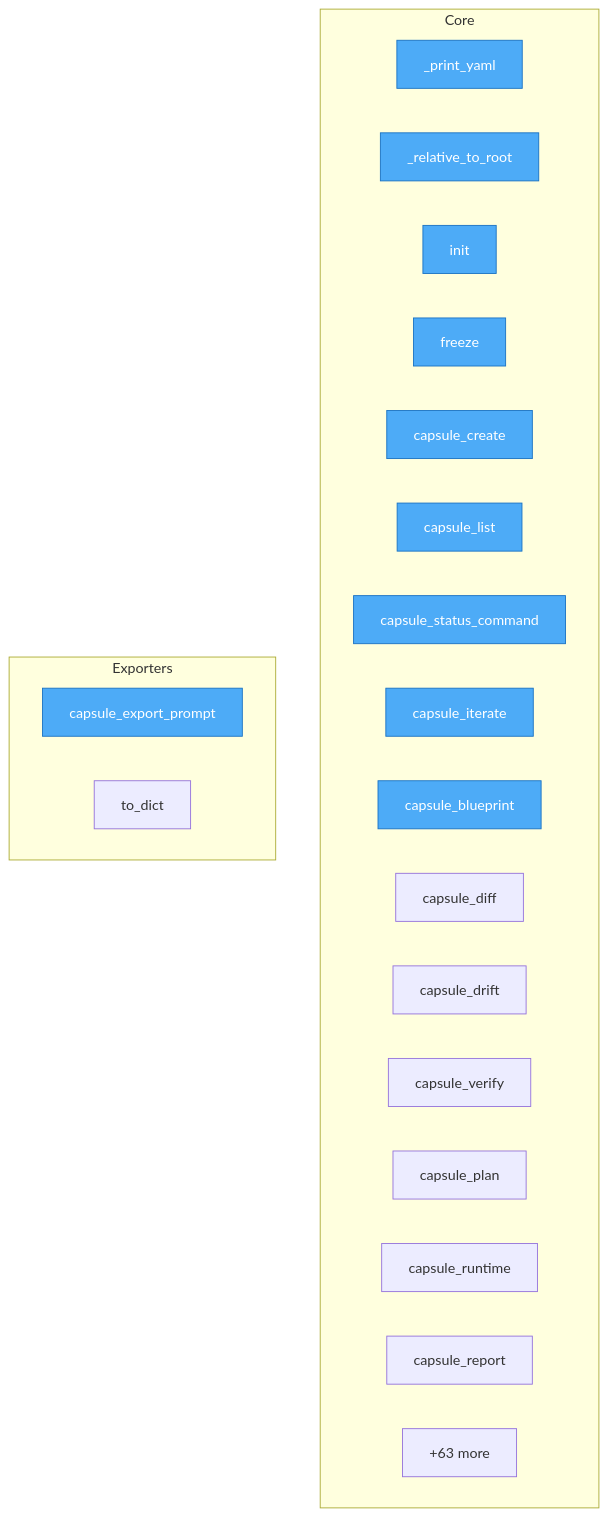
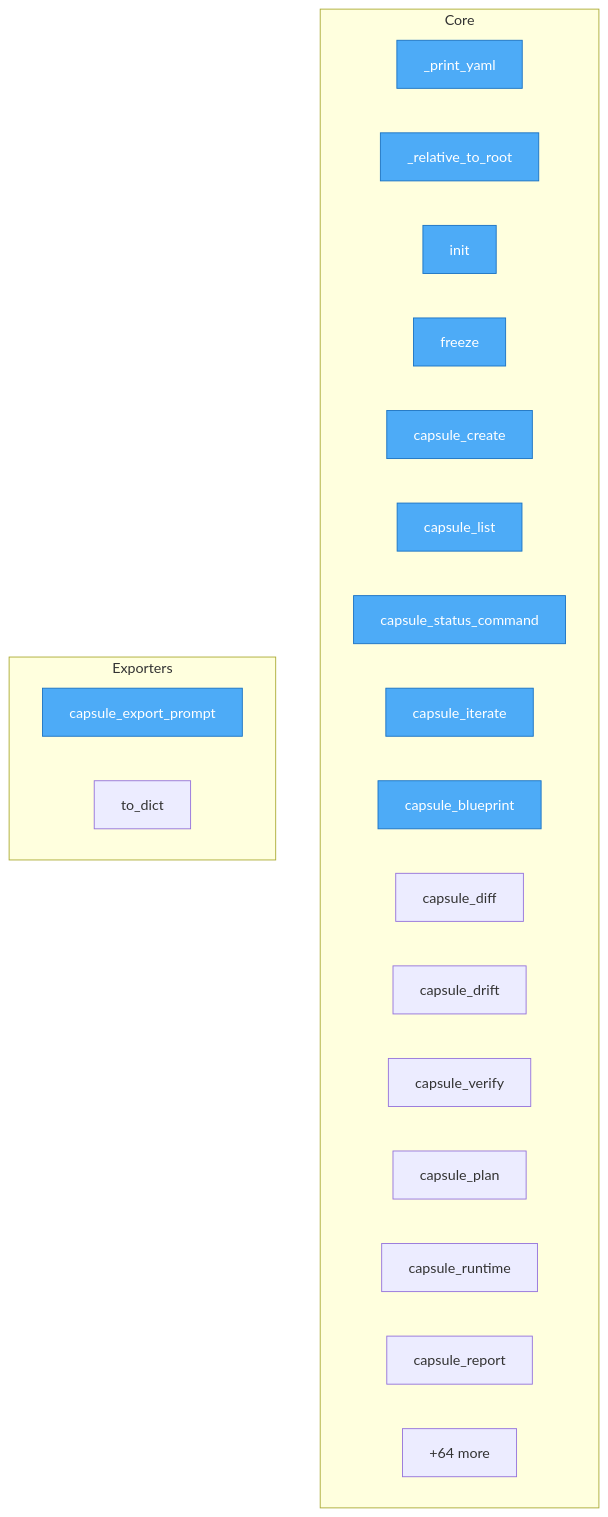
Before and after one commit to autogrammar/nexu: the diagram in project/flow.mmd, drawn with Mermaid. The commit also changed 29 other files, not shown here.

```diff
--- a/project/flow.mmd
+++ b/project/flow.mmd
@@ -1,31 +1,31 @@
 flowchart TD
-%% generated in 0.01s
+%% generated in 0.02s
 
     %% Entry points (blue)
     classDef entry fill:#4dabf7,stroke:#1971c2,color:#fff
 
     subgraph Core
         src__nexu__cli___print_yaml["_print_yaml"]
         src__nexu__cli___relative_to_root["_relative_to_root"]
         src__nexu__cli__init["init"]
         src__nexu__cli__freeze["freeze"]
         src__nexu__cli__capsule_create["capsule_create"]
         src__nexu__cli__capsule_list["capsule_list"]
         src__nexu__cli__capsule_status_command["capsule_status_command"]
         src__nexu__cli__capsule_iterate["capsule_iterate"]
         src__nexu__cli__capsule_blueprint["capsule_blueprint"]
         src__nexu__cli__capsule_diff["capsule_diff"]
         src__nexu__cli__capsule_drift["capsule_drift"]
         src__nexu__cli__capsule_verify["capsule_verify"]
         src__nexu__cli__capsule_plan["capsule_plan"]
         src__nexu__cli__capsule_runtime["capsule_runtime"]
         src__nexu__cli__capsule_report["capsule_report"]
-        ...["+63 more"]
+        ...["+64 more"]
     end
 
     subgraph Exporters
         src__nexu__cli__capsule_export_prompt["capsule_export_prompt"]
         src__vico__models__PromptExport__to_dict["to_dict"]
     end
 
     class src__nexu__cli___print_yaml,src__nexu__cli___relative_to_root,src__nexu__cli__init,src__nexu__cli__freeze,src__nexu__cli__capsule_create,src__nexu__cli__capsule_list,src__nexu__cli__capsule_status_command,src__nexu__cli__capsule_iterate,src__nexu__cli__capsule_blueprint,src__nexu__cli__capsule_export_prompt entry
```
